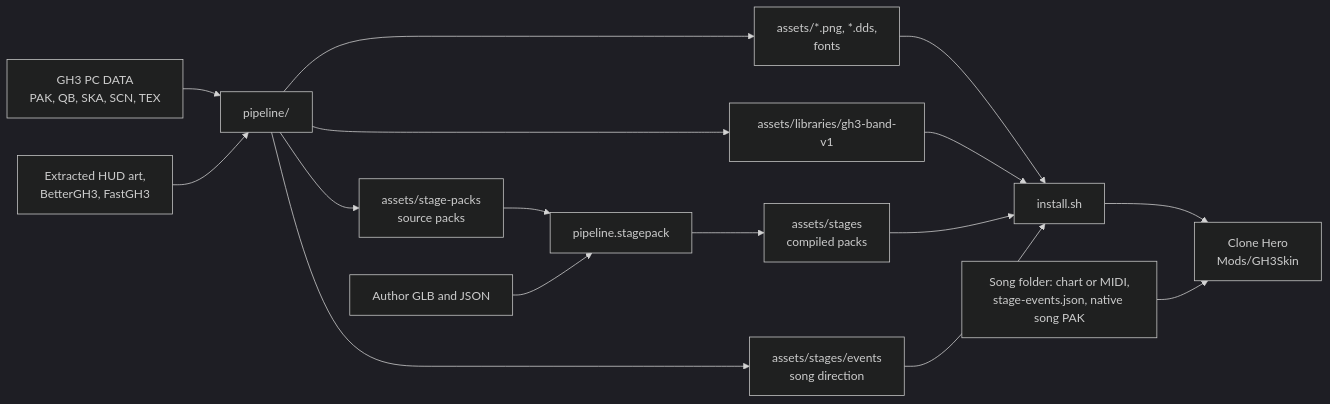
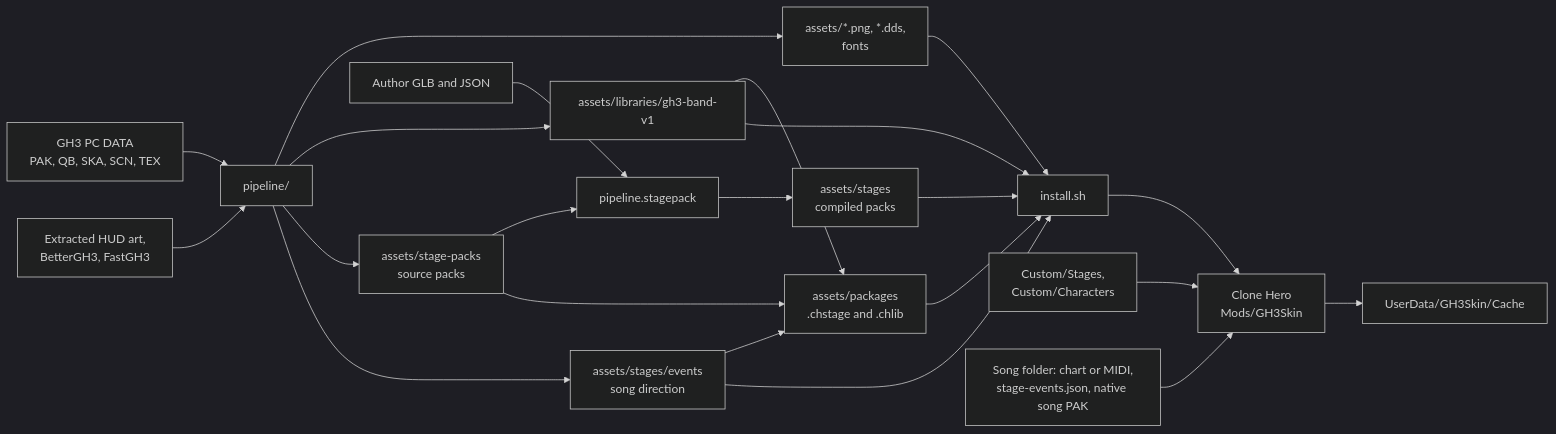
The first of 2 diagrams in docs/ARCHITECTURE.md (heditwo/gh3-clonehero-skin), drawn with Mermaid (dark theme) before and after one commit. The commit also changed other lines of this file and 35 other files, not shown here.

First line of the commit message:
Load the venues and the library from packages through a per-machine cache

````diff
--- a/docs/ARCHITECTURE.md
+++ b/docs/ARCHITECTURE.md
@@ -8,18 +8,24 @@
 ```mermaid
 flowchart LR
     GH3[GH3 PC DATA<br/>PAK, QB, SKA, SCN, TEX] --> Pipeline[pipeline/]
     Art[Extracted HUD art,<br/>BetterGH3, FastGH3] --> Pipeline
     Pipeline --> HudAssets[assets/*.png, *.dds,<br/>fonts]
     Pipeline --> Library[assets/libraries/gh3-band-v1]
     Pipeline --> Packs[assets/stage-packs<br/>source packs]
     Packs --> Compiler[pipeline.stagepack]
     Author[Author GLB and JSON] --> Compiler
     Compiler --> Stages[assets/stages<br/>compiled packs]
     Pipeline --> Events[assets/stages/events<br/>song direction]
+    Packs --> Packages[assets/packages<br/>.chstage and .chlib]
+    Library --> Packages
+    Events --> Packages
     HudAssets --> Install[install.sh]
     Library --> Install
     Stages --> Install
     Events --> Install
+    Packages --> Install
     Install --> Game[Clone Hero<br/>Mods/GH3Skin]
+    Custom[Custom/Stages,<br/>Custom/Characters] --> Game
+    Game --> Cache[UserData/GH3Skin/Cache]
     Chart[Song folder: chart or MIDI,<br/>stage-events.json, native song PAK] --> Game
 ```
````
